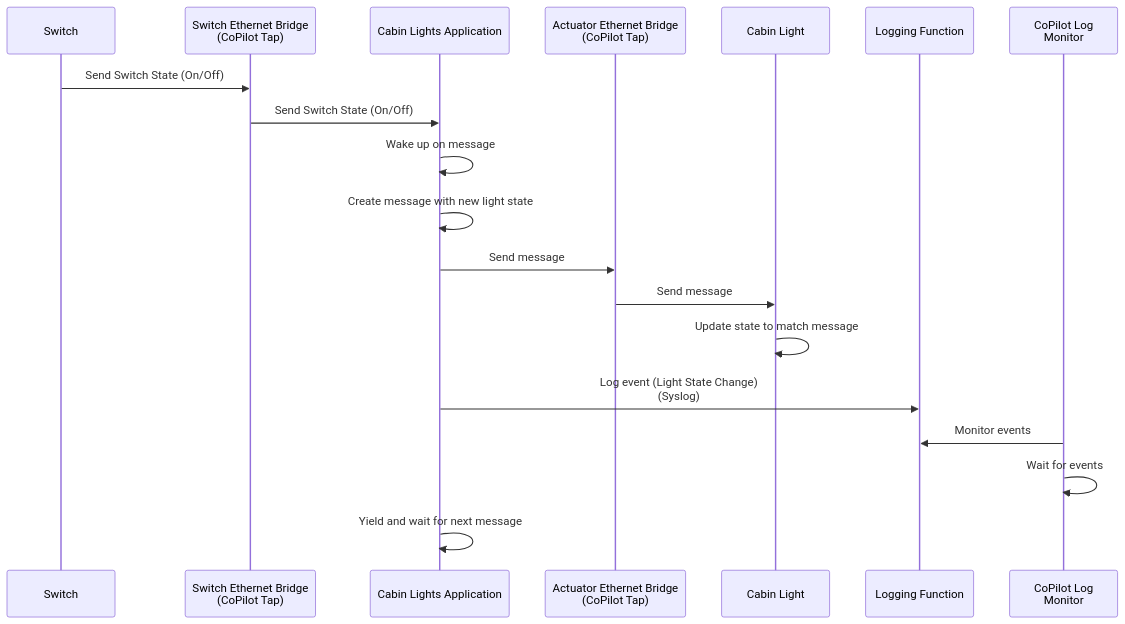
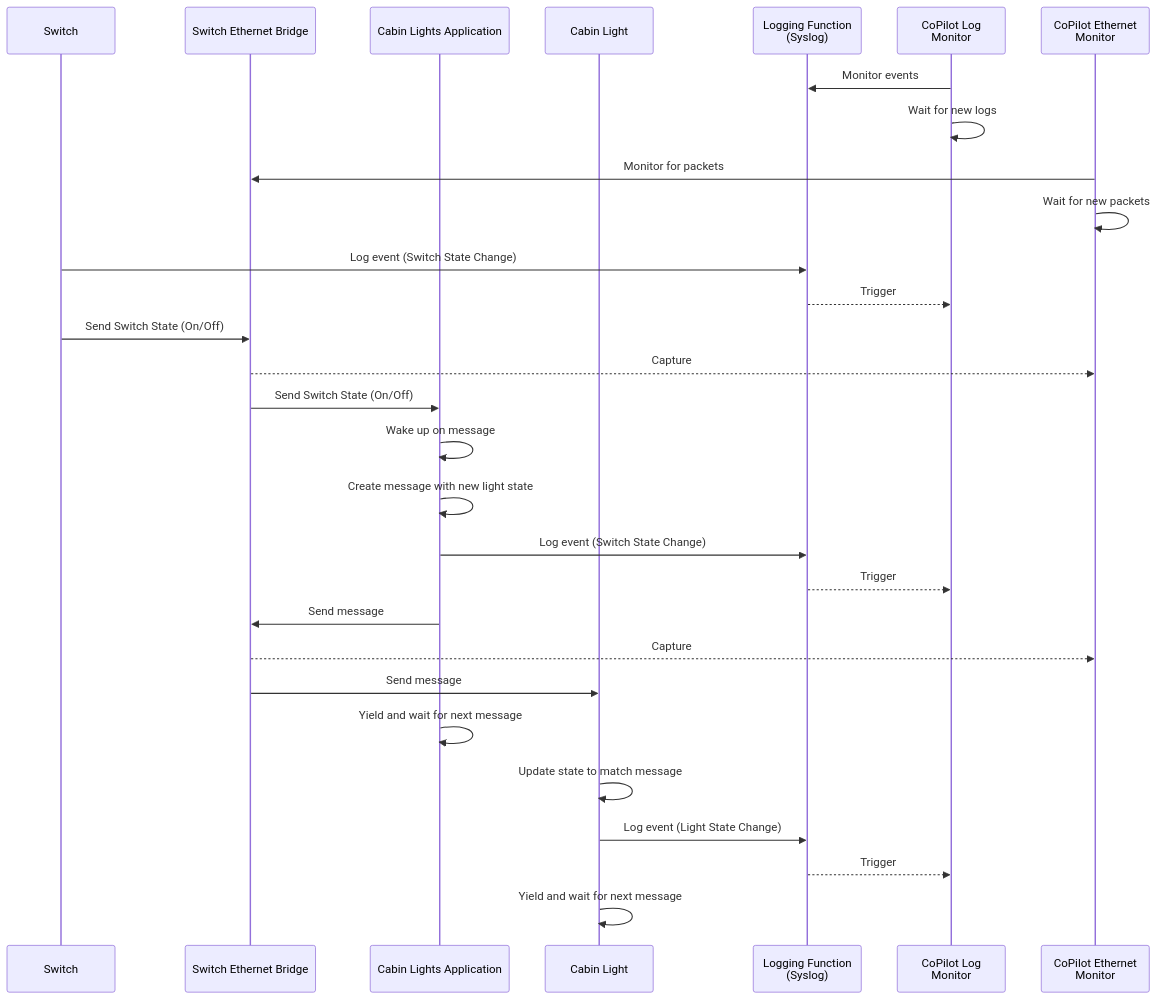
One commit to elisa-tech/wg-aerospace changed the second of 2 diagrams in Aerospace-Uses-Cases.md. Above: the diagram before and after it, drawn with Mermaid. The commit also changed other lines of this file, not shown here.

````diff
--- a/Aerospace-Uses-Cases.md
+++ b/Aerospace-Uses-Cases.md
@@ -72,22 +64,32 @@
     ```mermaid
     sequenceDiagram
         participant Sensor as Switch
-        participant SensorEth as Switch Ethernet Bridge <br> (CoPilot Tap)
+        participant Ethernet as Switch Ethernet Bridge
         participant App as Cabin Lights Application
-        participant ActuatorEth as Actuator Ethernet Bridge <br> (CoPilot Tap)
         participant Actuator as Cabin Light
-        participant Log as Logging Function
+        participant Log as Logging Function <br> (Syslog)
         participant CheckLog as CoPilot Log <br> Monitor
+        participant CheckEth as CoPilot Ethernet <br> Monitor
 
-        Sensor->>SensorEth: Send Switch State (On/Off)
-        SensorEth->>App: Send Switch State (On/Off)
+        CheckLog->>Log: Monitor events
+        CheckLog->>CheckLog: Wait for new logs
+        CheckEth->>Ethernet: Monitor for packets
+        CheckEth->>CheckEth: Wait for new packets
+        Sensor->>Log: Log event (Switch State Change)
+        Log-->>CheckLog: Trigger
+        Sensor->>Ethernet: Send Switch State (On/Off)
+        Ethernet-->>CheckEth: Capture
+        Ethernet->>App: Send Switch State (On/Off)
         App->>App: Wake up on message
         App->>App: Create message with new light state
-        App->>ActuatorEth: Send message
-        ActuatorEth->>Actuator: Send message
+        App->>Log: Log event (Switch State Change)
+        Log-->>CheckLog: Trigger
+        App->>Ethernet: Send message
+        Ethernet-->>CheckEth: Capture
+        Ethernet->>Actuator: Send message
+        App->>App: Yield and wait for next message
         Actuator->>Actuator: Update state to match message
-        App->>Log: Log event (Light State Change) <br> (Syslog)
-        CheckLog->>Log: Monitor events
-        CheckLog->>CheckLog: Wait for events
-        App->>App: Yield and wait for next message
+        Actuator->>Log: Log event (Light State Change)
+        Log-->>CheckLog: Trigger
+        Actuator->>Actuator: Yield and wait for next message
     ```
````
